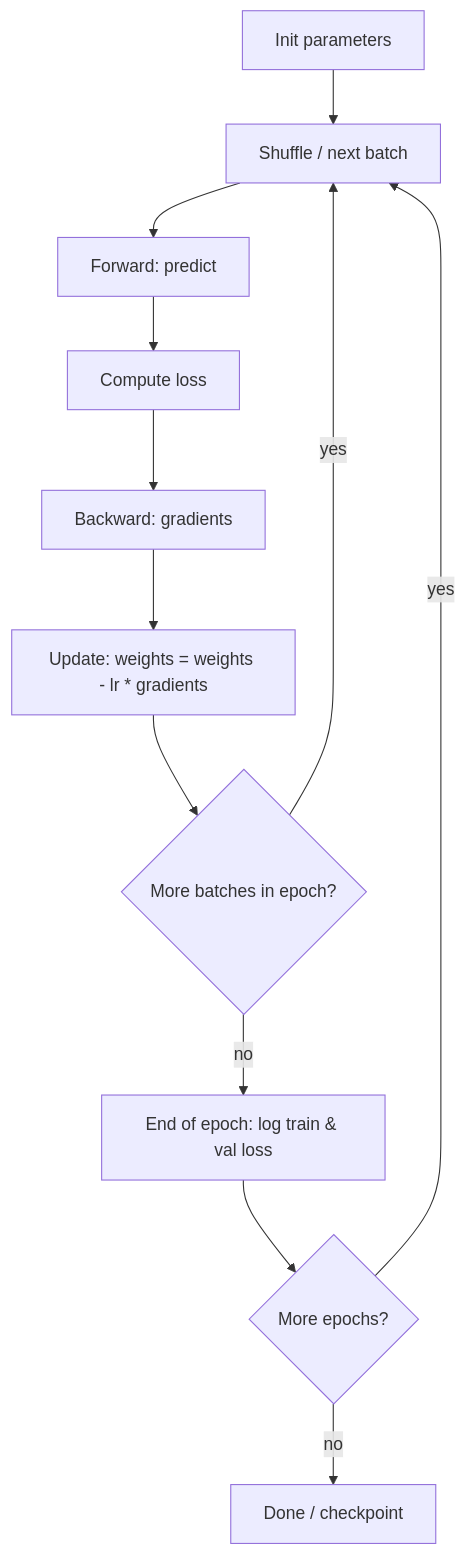
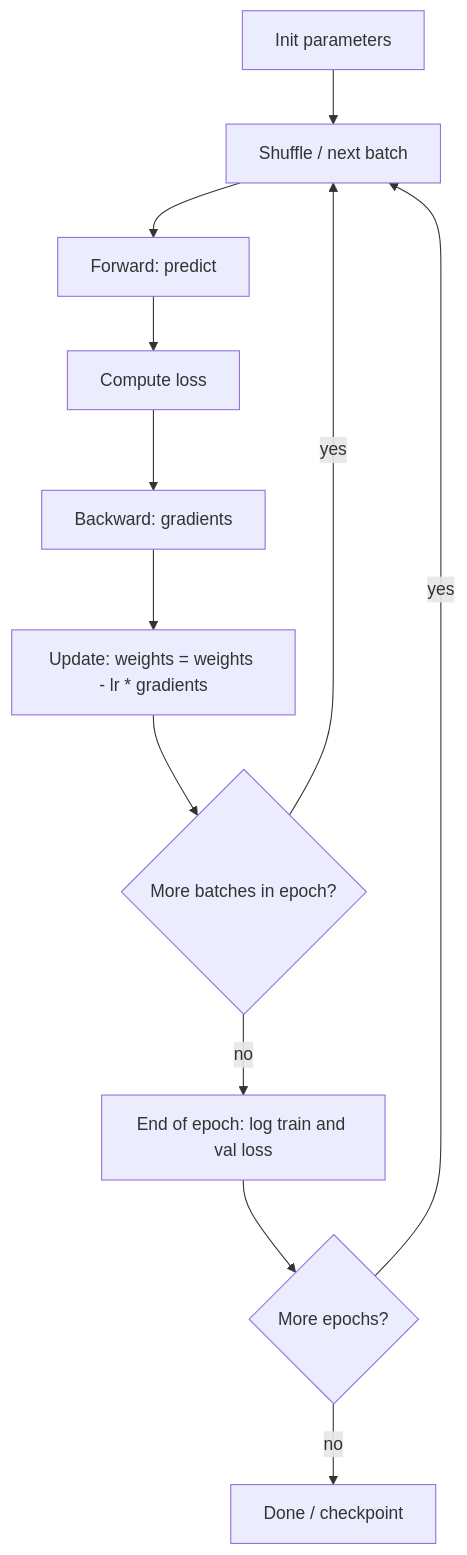
One commit to satishify/BackBenchLearner changed the diagram in content/genai/module-1-foundations/session-2-dl-essentials/04-training-loop-learning-rate-epochs.md. Above: the diagram before and after it, drawn with Mermaid. The commit also changed other lines of this file and 199 other files, not shown here.

````diff
--- a/content/genai/module-1-foundations/session-2-dl-essentials/04-training-loop-learning-rate-epochs.md
+++ b/content/genai/module-1-foundations/session-2-dl-essentials/04-training-loop-learning-rate-epochs.md
@@ -29,14 +54,14 @@
 ```mermaid
 flowchart TD
     A[Init parameters] --> B[Shuffle / next batch]
     B --> C[Forward: predict]
     C --> D[Compute loss]
     D --> E[Backward: gradients]
     E --> F["Update: weights = weights - lr * gradients"]
     F --> G{More batches in epoch?}
     G -->|yes| B
-    G -->|no| H[End of epoch: log train & val loss]
+    G -->|no| H[End of epoch: log train and val loss]
     H --> I{More epochs?}
     I -->|yes| B
     I -->|no| J[Done / checkpoint]
 ```
````
